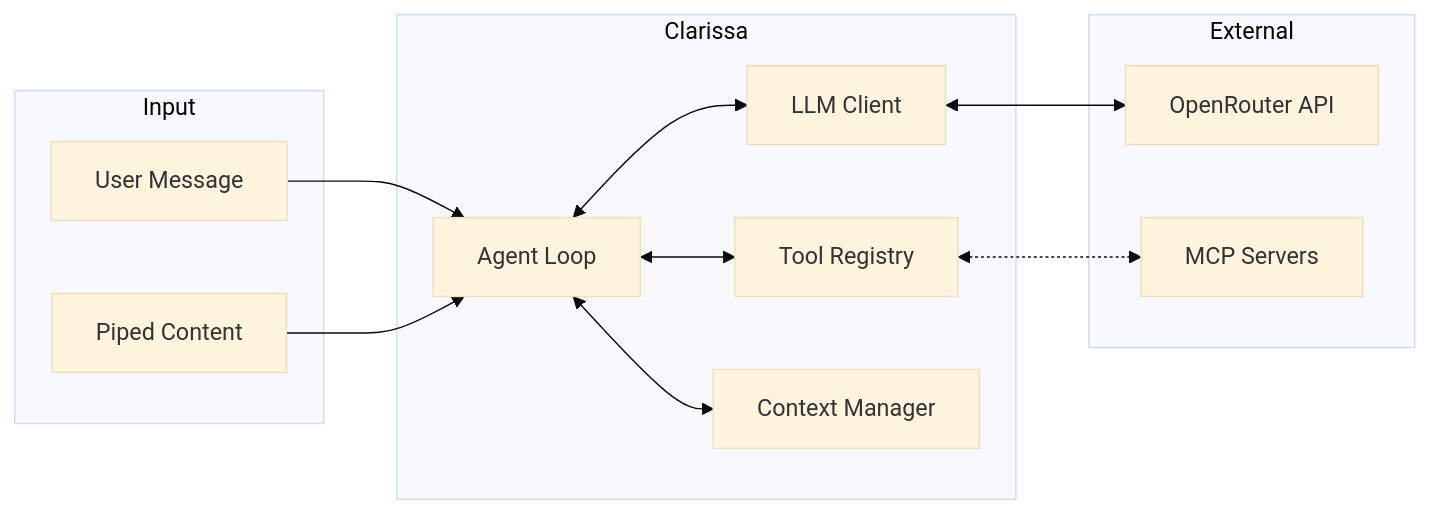
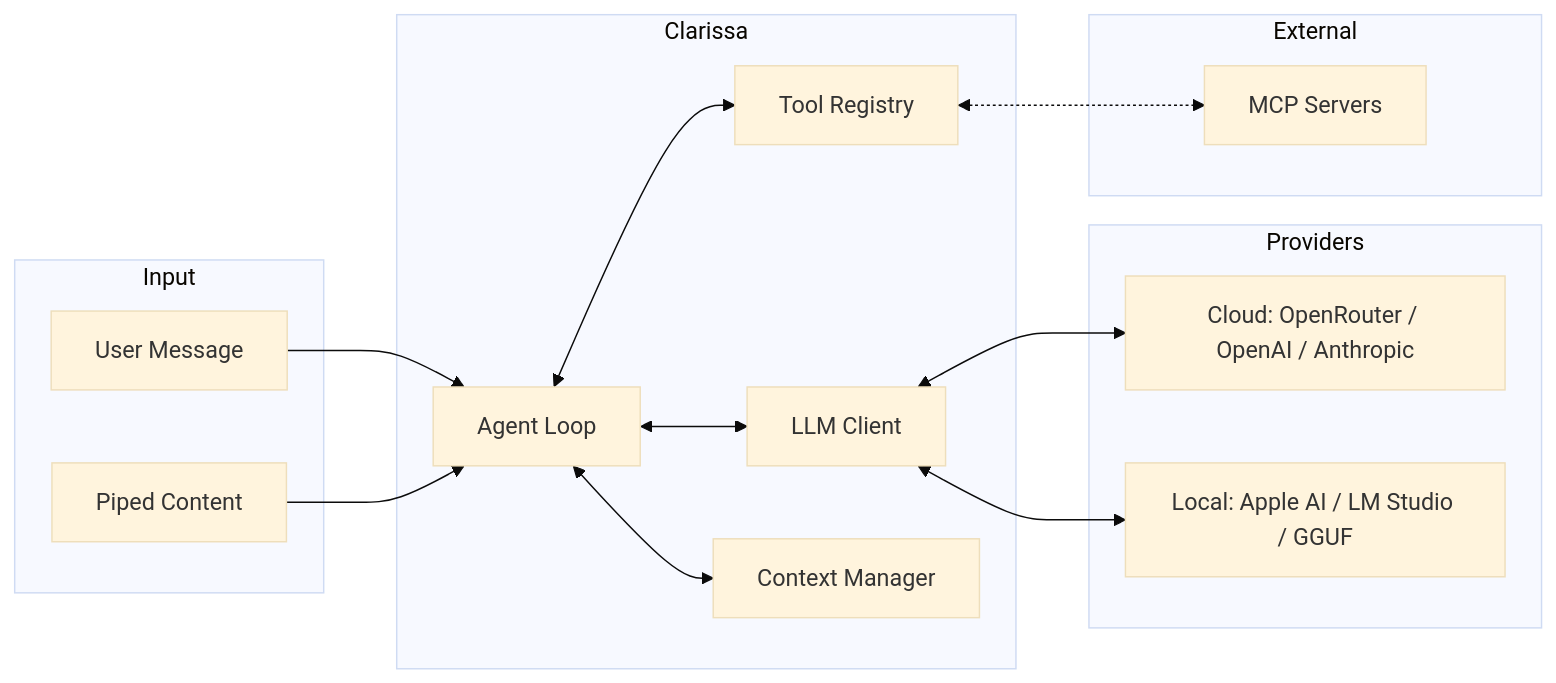
Before and after one commit to EddieBrock-web/clarissa: the first of 2 diagrams in README.md, drawn with Mermaid (base theme). The commit also changed other lines of this file and 45 other files, not shown here.

````diff
--- a/README.md
+++ b/README.md
@@ -41,27 +43,32 @@
 ```mermaid
 flowchart LR
     subgraph Input
         A[User Message]
         B[Piped Content]
     end
 
     subgraph Clarissa
         C[Agent Loop]
         D[LLM Client]
         E[Tool Registry]
         F[Context Manager]
     end
 
+    subgraph Providers
+        G[Cloud: OpenRouter / OpenAI / Anthropic]
+        H[Local: Apple AI / LM Studio / GGUF]
+    end
+
     subgraph External
-        G[OpenRouter API]
-        H[MCP Servers]
+        I[MCP Servers]
     end
 
     A --> C
     B --> C
     C <--> D
     C <--> E
     C <--> F
     D <--> G
-    E <-.-> H
+    D <--> H
+    E <-.-> I
 ```
````
